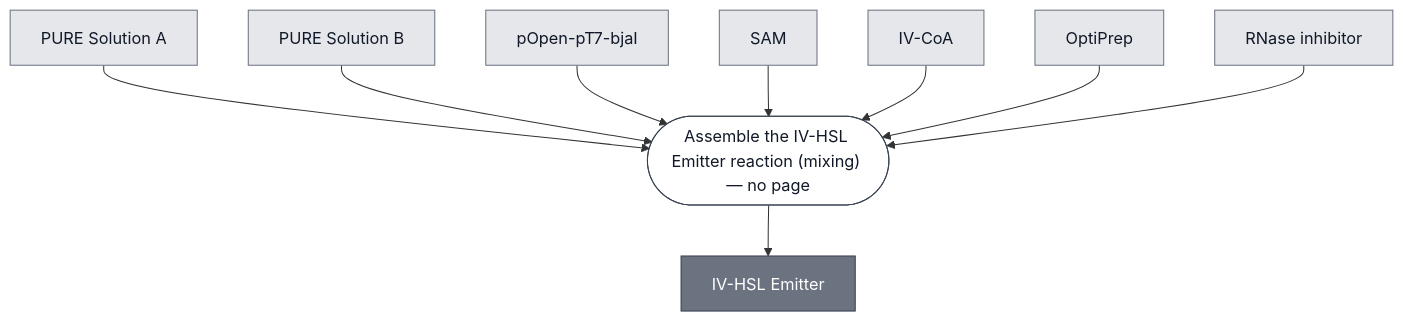
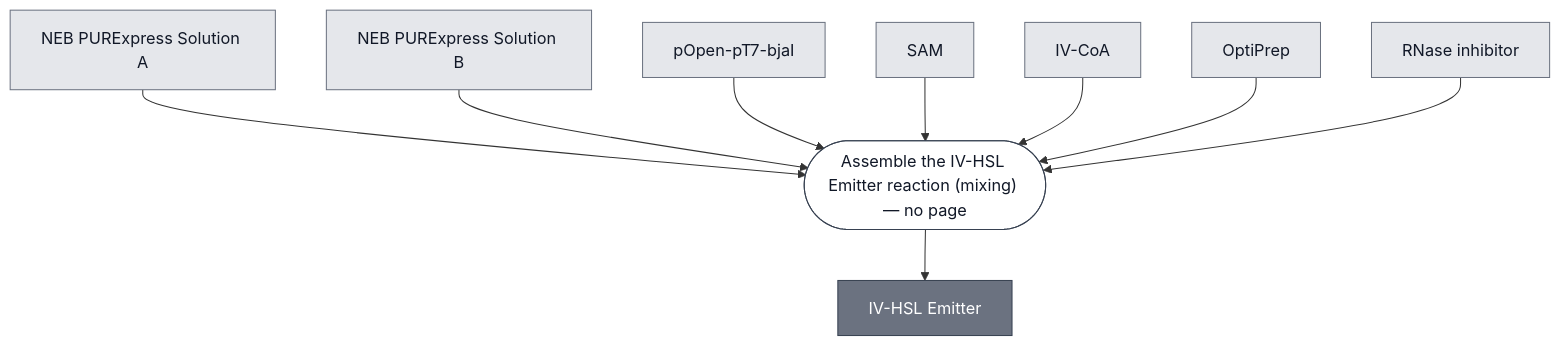
One commit to nucleus-eng/nucleus-docs changed the diagram in docs/modules/emitter-ivhsl/spec.md. Above: the diagram before and after it, drawn with Mermaid. The commit also changed 5 other files, not shown here.

````diff
--- a/docs/modules/emitter-ivhsl/spec.md
+++ b/docs/modules/emitter-ivhsl/spec.md
@@ -27,32 +27,32 @@
 ```mermaid
 flowchart TD
-    PURE_SOLUTION_A["PURE Solution A"]
-    PURE_SOLUTION_B["PURE Solution B"]
+    PUREXPRESS_SOLUTION_A["NEB PURExpress Solution A"]
+    PUREXPRESS_SOLUTION_B["NEB PURExpress Solution B"]
     BJAI_DNA["pOpen-pT7-bjaI"]
     SAM["SAM"]
     IV_COA["IV-CoA"]
     OPTIPREP["OptiPrep"]
     RNASE_INHIBITOR["RNase inhibitor"]
 
     P1_ASSEMBLE_REACTION_0(["Assemble the IV-HSL Emitter reaction (mixing) — no page"])
     EMITTER_IVHSL["IV-HSL Emitter"]
 
-    PURE_SOLUTION_A --> P1_ASSEMBLE_REACTION_0
-    PURE_SOLUTION_B --> P1_ASSEMBLE_REACTION_0
+    PUREXPRESS_SOLUTION_A --> P1_ASSEMBLE_REACTION_0
+    PUREXPRESS_SOLUTION_B --> P1_ASSEMBLE_REACTION_0
     BJAI_DNA --> P1_ASSEMBLE_REACTION_0
     SAM --> P1_ASSEMBLE_REACTION_0
     IV_COA --> P1_ASSEMBLE_REACTION_0
     OPTIPREP --> P1_ASSEMBLE_REACTION_0
     RNASE_INHIBITOR --> P1_ASSEMBLE_REACTION_0
     P1_ASSEMBLE_REACTION_0 --> EMITTER_IVHSL
 
 
     classDef leaf     fill:#e5e7eb,stroke:#6b7280,color:#111827;
     classDef composed fill:#6b7280,stroke:#374151,color:#ffffff;
     classDef process  fill:#ffffff,stroke:#374151,color:#111827;
-    class PURE_SOLUTION_A,PURE_SOLUTION_B,BJAI_DNA,SAM,IV_COA,OPTIPREP,RNASE_INHIBITOR leaf;
+    class PUREXPRESS_SOLUTION_A,PUREXPRESS_SOLUTION_B,BJAI_DNA,SAM,IV_COA,OPTIPREP,RNASE_INHIBITOR leaf;
     class EMITTER_IVHSL composed;
     class P1_ASSEMBLE_REACTION_0 process;
 
     click EMITTER_IVHSL "/docs/modules/emitter-ivhsl/spec"
 ```
````
